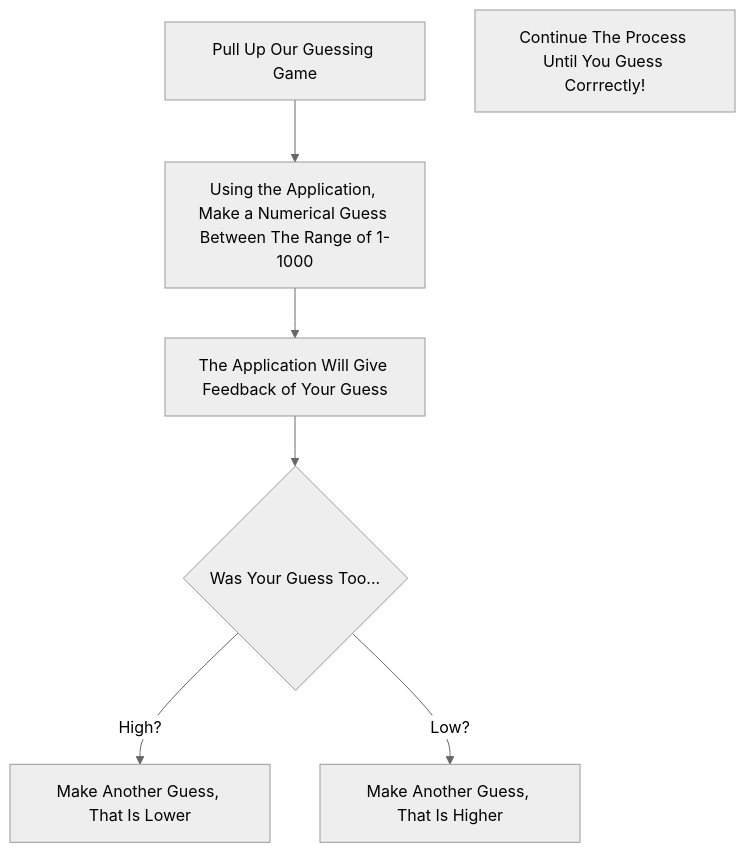
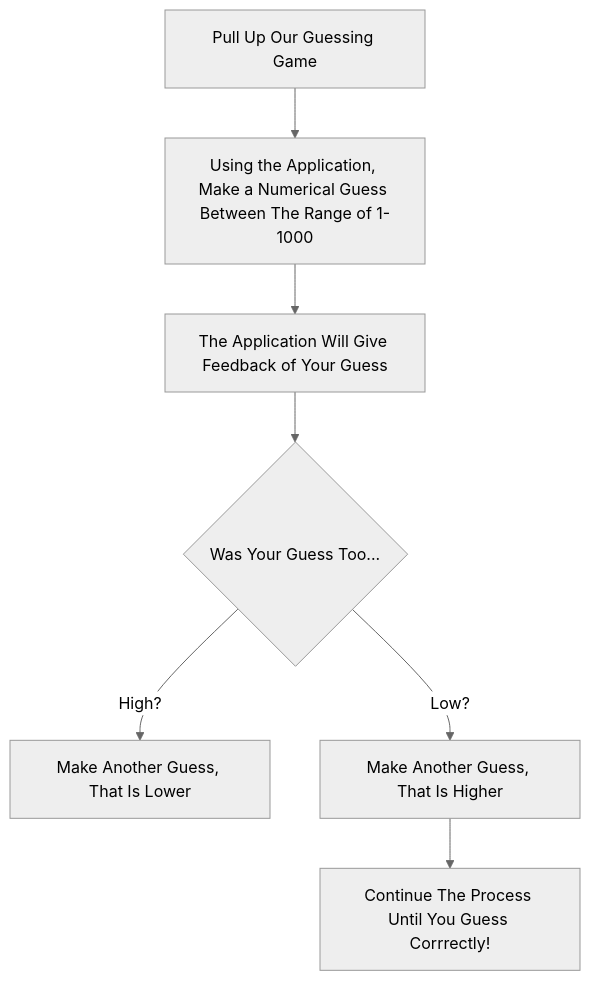
Before and after one commit to isagar930/isagar930.github.io: the diagram in README.md, drawn with Mermaid (neutral theme).

````diff
--- a/README.md
+++ b/README.md
@@ -21,8 +21,7 @@
 ```mermaid
 flowchart TD
 A[Pull Up Our Guessing Game] --> B[Using the Application, Make a Numerical Guess Between The Range of 1-1000] --> C[The Application Will Give Feedback of Your Guess]
 --> D{Was Your Guess Too...}
 D --> |High?| E[Make Another Guess, That Is Lower]
-D --> |Low?| F[Make Another Guess, That Is Higher]
-EF[Continue The Process Until You Guess Corrrectly!]
+D --> |Low?| F[Make Another Guess, That Is Higher] --> EF[Continue The Process Until You Guess Corrrectly!]
 ```
````
